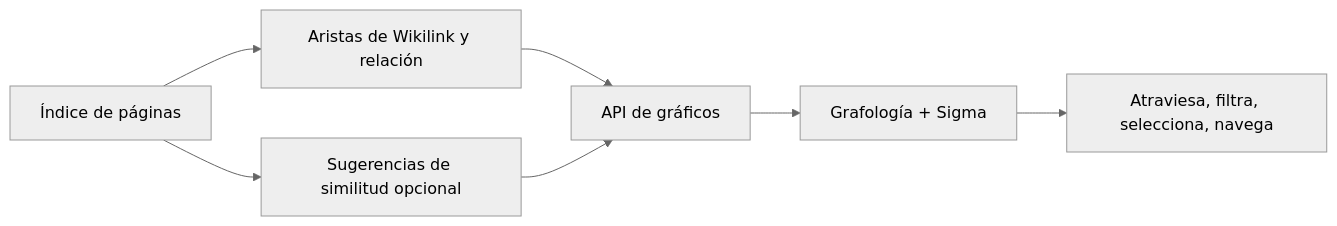
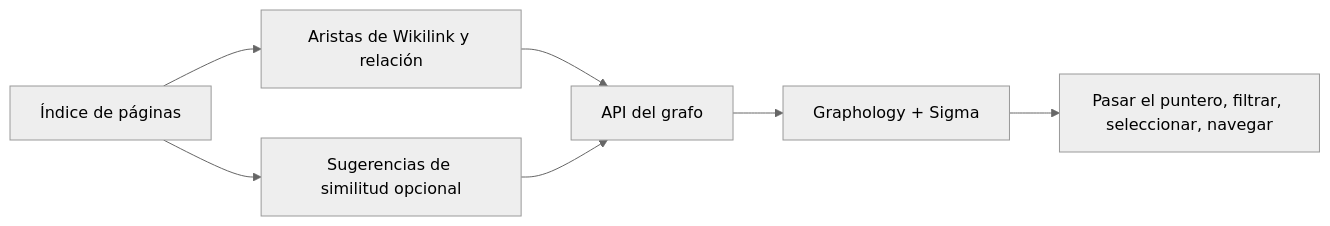
One commit to ismigar/Gnosi changed the diagram in docs/engineering-es/domains/knowledge-graph.md. Above: the diagram before and after it, drawn with Mermaid (neutral theme). The commit also changed other lines of this file and 96 other files, not shown here.

````diff
--- a/docs/engineering-es/domains/knowledge-graph.md
+++ b/docs/engineering-es/domains/knowledge-graph.md
@@ -62,9 +62,9 @@
 ```mermaid
 flowchart LR
     Index["Índice de páginas"] --> Explicit["Aristas de Wikilink y relación"]
     Index --> Semantic["Sugerencias de similitud opcional"]
-    Explicit --> API["API de gráficos"]
+    Explicit --> API["API del grafo"]
     Semantic --> API
-    API --> Sigma["Grafología + Sigma"]
-    Sigma --> Interaction["Atraviesa, filtra, selecciona, navega"]
+    API --> Sigma["Graphology + Sigma"]
+    Sigma --> Interaction["Pasar el puntero, filtrar, seleccionar, navegar"]
 ```
````
